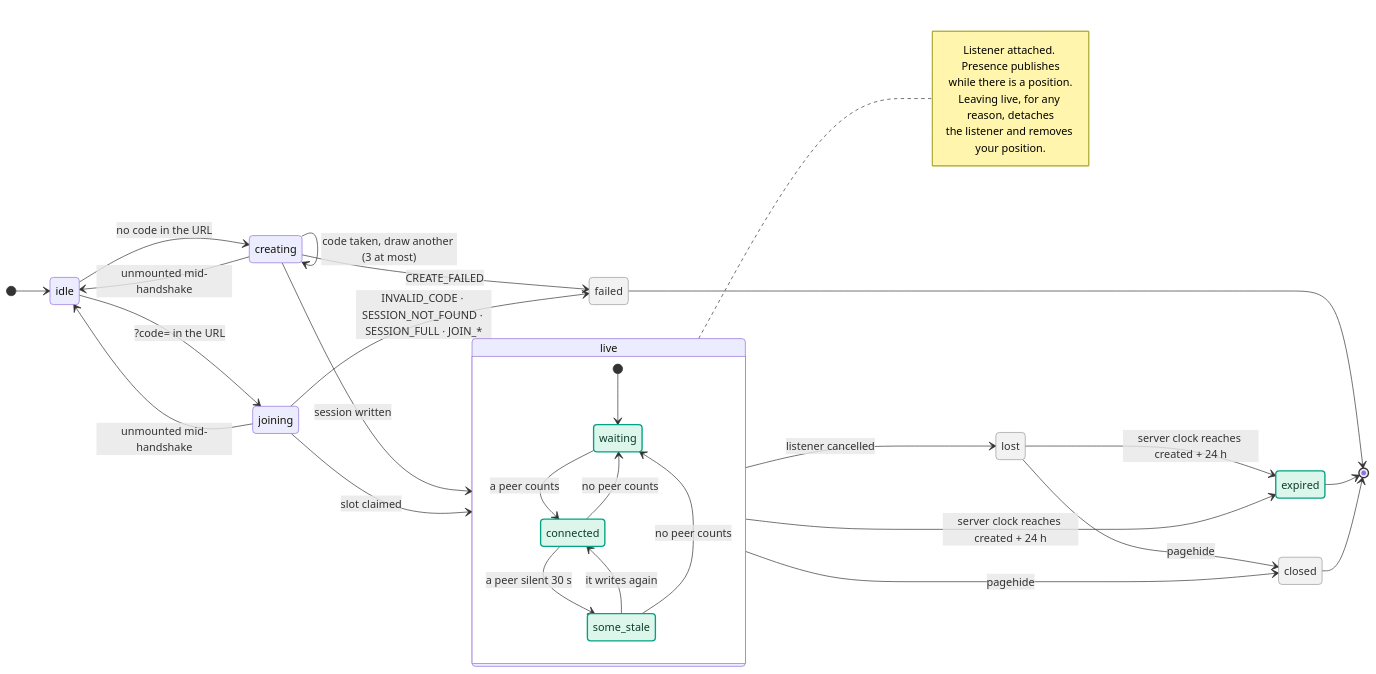
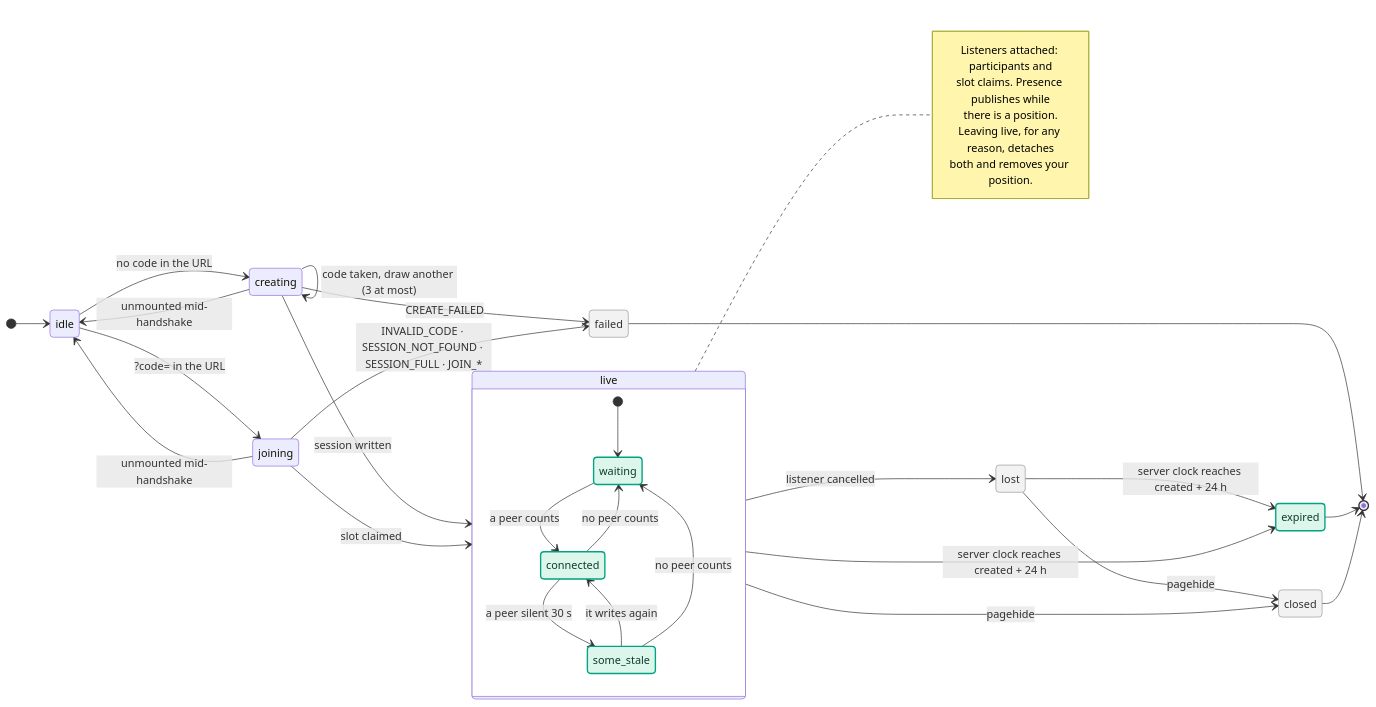
The diagram in ARCHITECTURE.md (Zeevmala/meet-me-halfway), drawn with Mermaid before and after one commit. The commit also changed other lines of this file and 15 other files, not shown here.

First line of the commit message:
fix(web): one derived screen in place of an if chain; invites go by slot claims

````diff
--- a/ARCHITECTURE.md
+++ b/ARCHITECTURE.md
@@ -144,49 +144,50 @@
 ```mermaid
 stateDiagram-v2
     direction LR
 
     [*] --> idle
     idle --> creating : no code in the URL
     idle --> joining : ?code= in the URL
 
     creating --> creating : code taken, draw another (3 at most)
     creating --> live : session written
     creating --> idle : unmounted mid-handshake
     creating --> failed : CREATE_FAILED
 
     joining --> live : slot claimed
     joining --> idle : unmounted mid-handshake
     joining --> failed : INVALID_CODE · SESSION_NOT_FOUND · SESSION_FULL · JOIN_*
 
     state live {
         direction TB
         [*] --> waiting
         waiting --> connected : a peer counts
         connected --> some_stale : a peer silent 30 s
         some_stale --> connected : it writes again
         connected --> waiting : no peer counts
         some_stale --> waiting : no peer counts
     }
 
     live --> lost : listener cancelled
     live --> expired : server clock reaches created + 24 h
     lost --> expired : server clock reaches created + 24 h
     live --> closed : pagehide
     lost --> closed : pagehide
 
     failed --> [*]
     expired --> [*]
     closed --> [*]
 
     note right of live
-        Listener attached. Presence publishes
-        while there is a position.
+        Listeners attached: participants and
+        slot claims. Presence publishes while
+        there is a position.
         Leaving live, for any reason, detaches
-        the listener and removes your position.
+        both and removes your position.
     end note
 
     classDef derived fill:#ddf6ec,stroke:#00a383,stroke-width:2px,color:#0b3d2e
     classDef stopped fill:#f2f2f2,stroke:#9a9a9a,color:#333
     class waiting, connected, some_stale, expired derived
     class failed, lost, closed stopped
 ```
````
